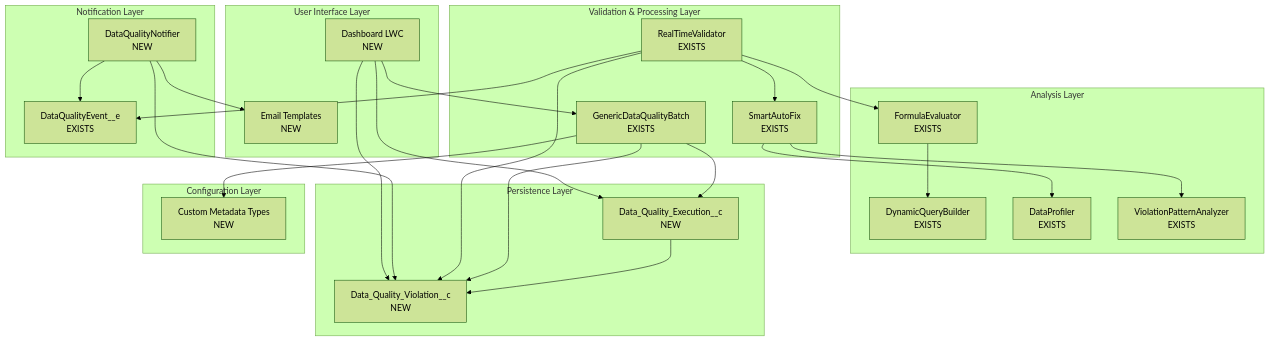
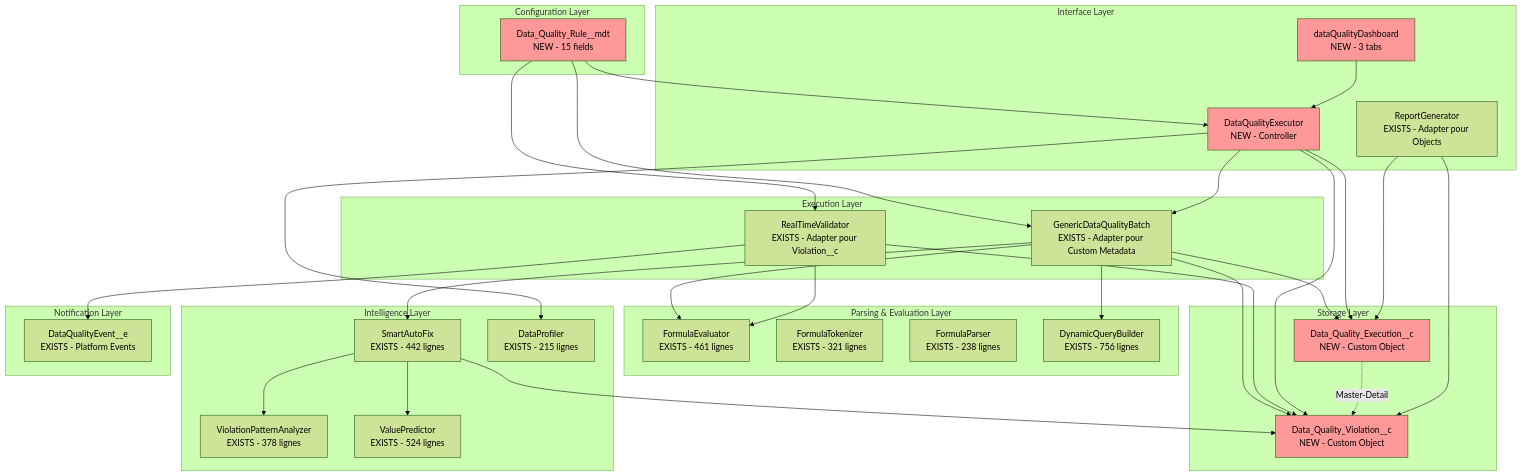
One commit to Monotoxine/sf changed the third of 3 diagrams in GAP_ANALYSIS.md. Above: the diagram before and after it, drawn with Mermaid (forest theme). The commit also changed other lines of this file and 1 other file, not shown here.

First line of the commit message:
Update GAP_ANALYSIS with actual DOCX findings

````diff
--- a/GAP_ANALYSIS.md
+++ b/GAP_ANALYSIS.md
@@ -862,59 +878,76 @@
 ```mermaid
 graph TB
-    subgraph "User Interface Layer"
-        UI[Dashboard LWC<br/>NEW]
-        EMAIL[Email Templates<br/>NEW]
+    subgraph "Configuration Layer"
+        CMT[Data_Quality_Rule__mdt<br/>NEW - 15 fields]
+    end
+
+    subgraph "Parsing & Evaluation Layer"
+        FE[FormulaEvaluator<br/>EXISTS - 461 lignes]
+        FT[FormulaTokenizer<br/>EXISTS - 321 lignes]
+        FP[FormulaParser<br/>EXISTS - 238 lignes]
+        DQB[DynamicQueryBuilder<br/>EXISTS - 756 lignes]
+    end
+
+    subgraph "Execution Layer"
+        BATCH[GenericDataQualityBatch<br/>EXISTS - Adapter pour Custom Metadata]
+        RTV[RealTimeValidator<br/>EXISTS - Adapter pour Violation__c]
+    end
+
+    subgraph "Intelligence Layer"
+        SAF[SmartAutoFix<br/>EXISTS - 442 lignes]
+        VPA[ViolationPatternAnalyzer<br/>EXISTS - 378 lignes]
+        VP[ValuePredictor<br/>EXISTS - 524 lignes]
+        DP[DataProfiler<br/>EXISTS - 215 lignes]
+    end
+
+    subgraph "Storage Layer"
+        EXEC[Data_Quality_Execution__c<br/>NEW - Custom Object]
+        VIOL[Data_Quality_Violation__c<br/>NEW - Custom Object]
+    end
+
+    subgraph "Interface Layer"
+        LWC[dataQualityDashboard<br/>NEW - 3 tabs]
+        EXECUTOR[DataQualityExecutor<br/>NEW - Controller]
+        REPORT[ReportGenerator<br/>EXISTS - Adapter pour Objects]
     end
 
     subgraph "Notification Layer"
-        NOTIF[DataQualityNotifier<br/>NEW]
-        PE[DataQualityEvent__e<br/>EXISTS]
-    end
-
-    subgraph "Validation & Processing Layer"
-        RTV[RealTimeValidator<br/>EXISTS]
-        BATCH[GenericDataQualityBatch<br/>EXISTS]
-        SAF[SmartAutoFix<br/>EXISTS]
-    end
-
-    subgraph "Analysis Layer"
-        FE[FormulaEvaluator<br/>EXISTS]
-        DQB[DynamicQueryBuilder<br/>EXISTS]
-        DP[DataProfiler<br/>EXISTS]
-        VPA[ViolationPatternAnalyzer<br/>EXISTS]
-    end
-
-    subgraph "Persistence Layer"
-        EXEC[Data_Quality_Execution__c<br/>NEW]
-        VIOL[Data_Quality_Violation__c<br/>NEW]
-    end
-
-    subgraph "Configuration Layer"
-        CMT[Custom Metadata Types<br/>NEW]
+        PE[DataQualityEvent__e<br/>EXISTS - Platform Events]
     end
 
     %% Connections
-    UI --> EXEC
-    UI --> VIOL
-    UI --> BATCH
+    CMT --> BATCH
+    CMT --> RTV
+    CMT --> EXECUTOR
 
-    NOTIF --> EMAIL
-    NOTIF --> PE
-    NOTIF --> VIOL
+    BATCH --> FE
+    BATCH --> DQB
+    BATCH --> EXEC
+    BATCH --> VIOL
+    BATCH --> SAF
 
+    RTV --> FE
     RTV --> VIOL
     RTV --> PE
-    RTV --> FE
-    RTV --> SAF
-
-    BATCH --> EXEC
-    BATCH --> VIOL
-    BATCH --> CMT
 
     SAF --> VPA
-    SAF --> DP
+    SAF --> VP
+    SAF --> VIOL
 
-    FE --> DQB
+    LWC --> EXECUTOR
+    EXECUTOR --> BATCH
+    EXECUTOR --> EXEC
+    EXECUTOR --> VIOL
+    EXECUTOR --> DP
 
-    EXEC --> VIOL
+    EXEC -.Master-Detail.-> VIOL
+
+    REPORT --> EXEC
+    REPORT --> VIOL
+
+    style CMT fill:#ff9999
+    style EXEC fill:#ff9999
+    style VIOL fill:#ff9999
+    style LWC fill:#ff9999
+    style EXECUTOR fill:#ff9999
 ```
````
